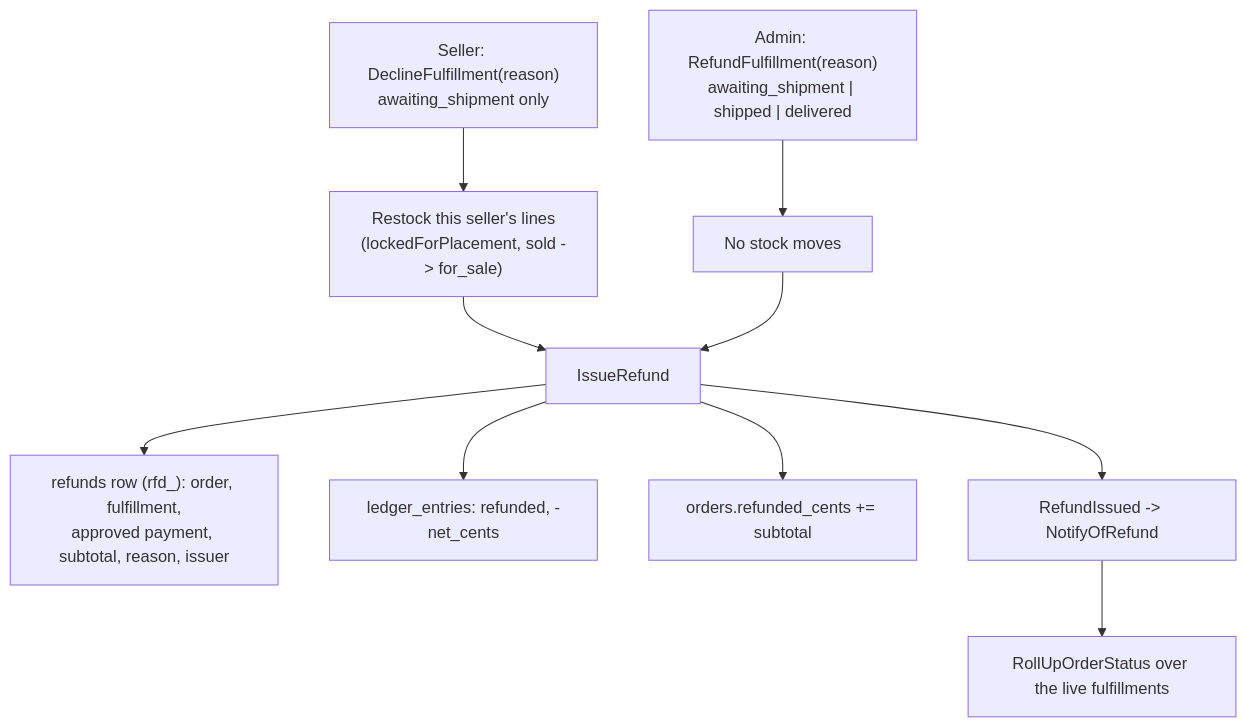
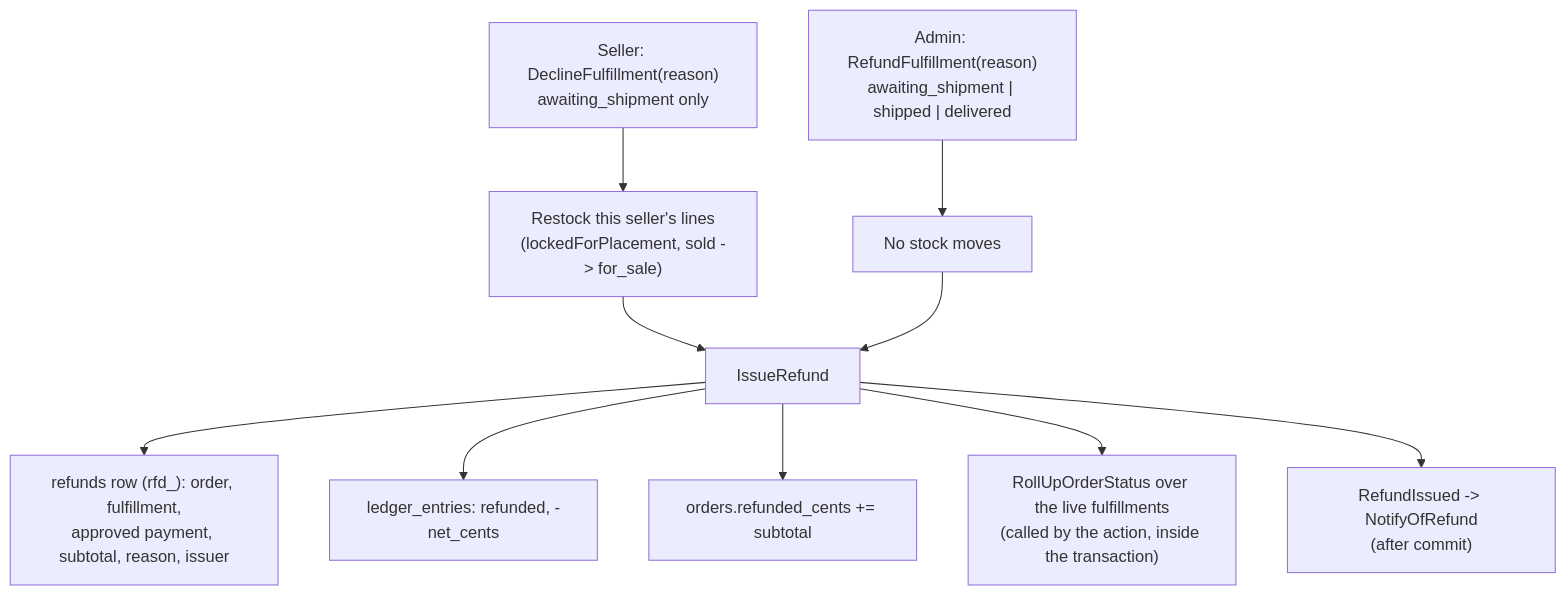
Before and after one commit to jonathan-beebe/art-store: the sixth of 6 diagrams in app/docs/orders.md, drawn with Mermaid. The commit also changed other lines of this file and 26 other files, not shown here.

````diff
--- a/app/docs/orders.md
+++ b/app/docs/orders.md
@@ -357,12 +358,12 @@
 ```mermaid
 flowchart TD
     decline["Seller: DeclineFulfillment(reason)\nawaiting_shipment only"] --> restock["Restock this seller's lines\n(lockedForPlacement, sold -> for_sale)"]
     restock --> issue
     refund["Admin: RefundFulfillment(reason)\nawaiting_shipment | shipped | delivered"] --> nostock["No stock moves"]
     nostock --> issue["IssueRefund"]
     issue --> row["refunds row (rfd_): order, fulfillment,\napproved payment, subtotal, reason, issuer"]
     issue --> ledger["ledger_entries: refunded, -net_cents"]
     issue --> total["orders.refunded_cents += subtotal"]
-    issue --> event["RefundIssued -> NotifyOfRefund"]
-    event --> rollup["RollUpOrderStatus over the live fulfillments"]
+    issue --> rollup["RollUpOrderStatus over the live fulfillments\n(called by the action, inside the transaction)"]
+    issue --> event["RefundIssued -> NotifyOfRefund\n(after commit)"]
 ```
````
